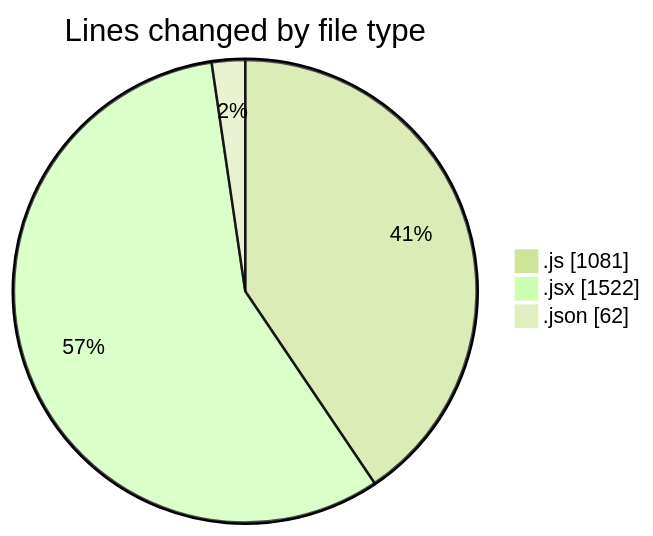
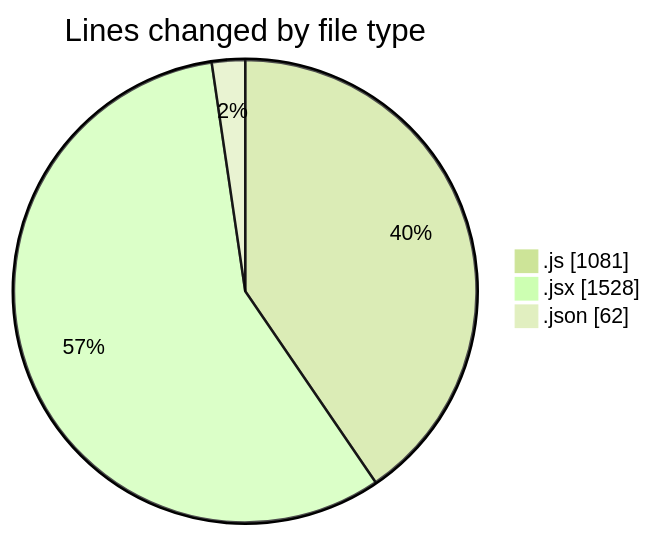
The first of 2 diagrams in 2025-08-07/nxtqube_webapp/README.md (nxtqubesakshisongat/code-tracking), drawn with Mermaid (forest theme) before and after one commit. The commit also changed other lines of this file and 1 other file, not shown here.

````diff
--- a/2025-08-07/nxtqube_webapp/README.md
+++ b/2025-08-07/nxtqube_webapp/README.md
@@ -25,7 +25,7 @@
 ```mermaid
 pie showData
 title Lines changed by file type
 ".js" : 1081
-".jsx" : 1522
+".jsx" : 1528
 ".json" : 62
 ```
````
